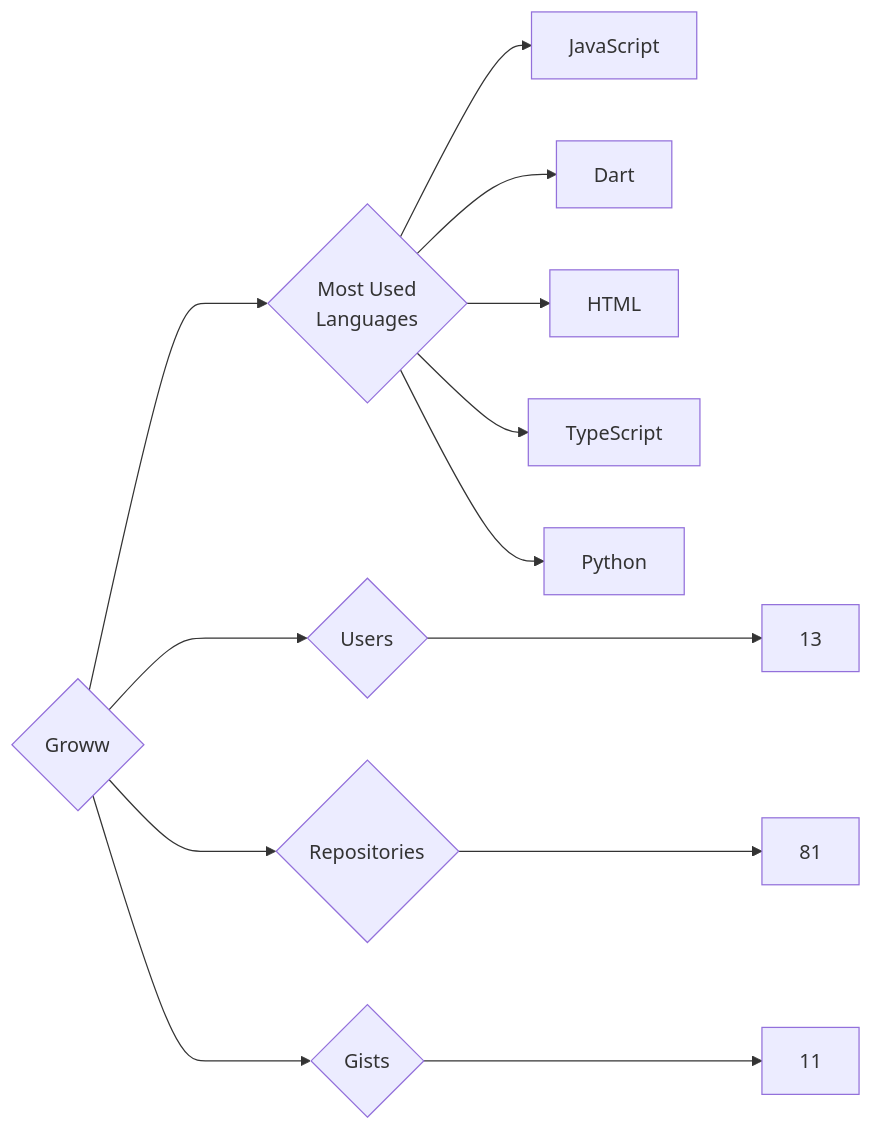
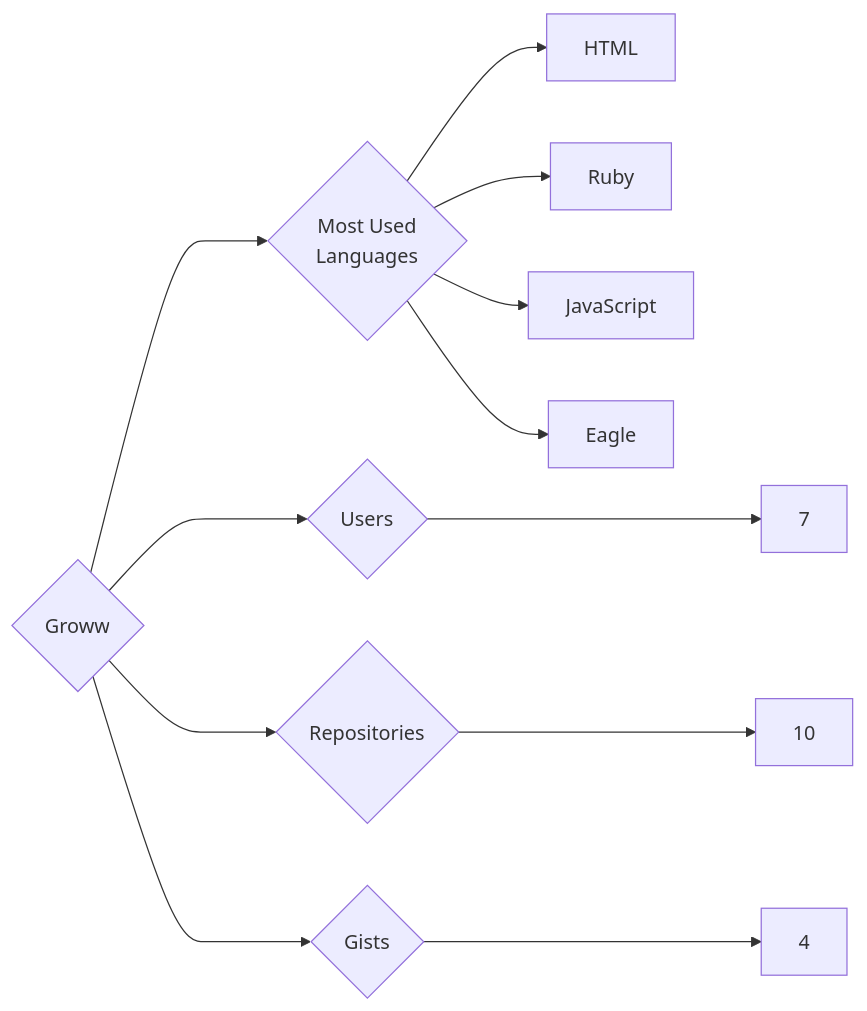
One commit to trickest/insiders changed the diagram in targets/Groww/README.md. Above: the diagram before and after it, drawn with Mermaid. The commit also changed 985 other files, not shown here.

````diff
--- a/targets/Groww/README.md
+++ b/targets/Groww/README.md
@@ -3,13 +3,12 @@
 ```mermaid
 graph LR
 COMPANY_NAME{Groww}
-COMPANY_NAME ---> U{Users} ---> UN[13]
-COMPANY_NAME ---> R{Repositories} ---> RN[81]
-COMPANY_NAME ---> G{Gists} ---> GN[11]
+COMPANY_NAME ---> U{Users} ---> UN[7]
+COMPANY_NAME ---> R{Repositories} ---> RN[10]
+COMPANY_NAME ---> G{Gists} ---> GN[4]
 COMPANY_NAME ---> ML{Most Used<br>Languages}
+ML --> HTML[HTML]
+ML --> Ruby[Ruby]
 ML --> JavaScript[JavaScript]
-ML --> Dart[Dart]
-ML --> HTML[HTML]
-ML --> TypeScript[TypeScript]
-ML --> Python[Python]
+ML --> Eagle[Eagle]
 ```
````
